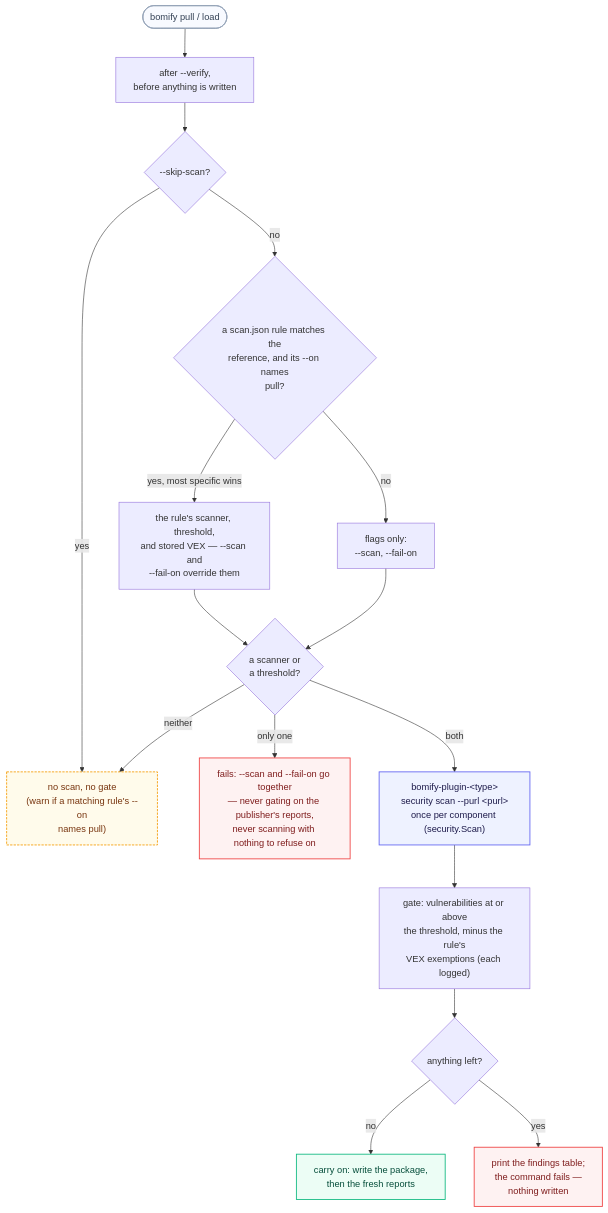
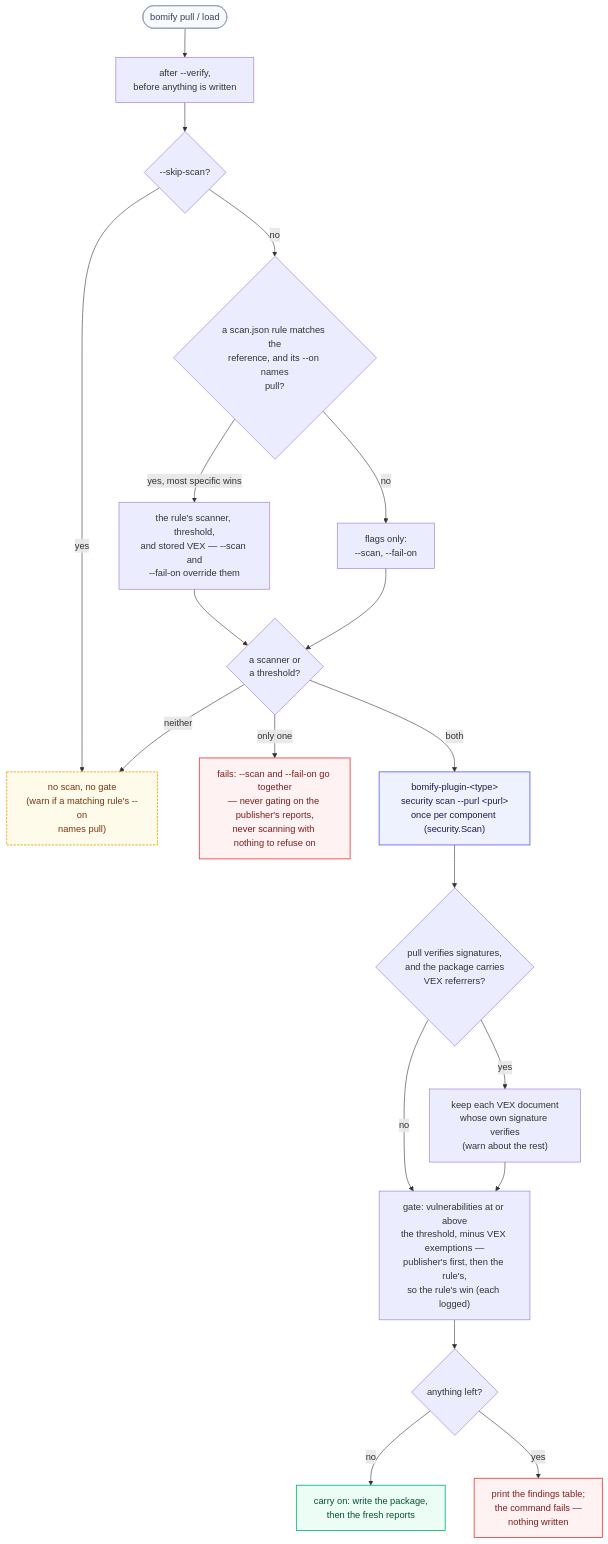
The diagram in docs/diagrams/scanning.mmd (alejandro-velasco/bomify), drawn with Mermaid before and after one commit. The commit also changed 39 other files, not shown here.

First line of the commit message:
feat(security): publish VEX with packages and honor it on verified pulls (#46)

```diff
--- a/docs/diagrams/scanning.mmd
+++ b/docs/diagrams/scanning.mmd
@@ -1,35 +1,38 @@
 flowchart TD
     classDef source fill:#F8FAFF,stroke:#94A3B8,stroke-width:1.5px,color:#334155
     classDef plugin fill:#EEF2FF,stroke:#6366F1,stroke-width:1.5px,color:#1e1b4b
     classDef ok fill:#ECFDF5,stroke:#10B981,stroke-width:1.5px,color:#064e3b
     classDef failed fill:#FEF2F2,stroke:#EF4444,stroke-width:1.5px,color:#7f1d1d
     classDef skipped fill:#FFFBEB,stroke:#F59E0B,stroke-width:1.5px,stroke-dasharray:4 2,color:#78350f
 
     Start(["bomify pull / load"]) --> When["after --verify,<br/>before anything is written"]
     When --> Skip{"--skip-scan?"}
 
     Skip -->|"yes"| NoScan["no scan, no gate<br/>(warn if a matching rule's --on<br/>names pull)"]
     Skip -->|"no"| Rule{"a scan.json rule matches the<br/>reference, and its --on names<br/>pull?"}
 
     Rule -->|"yes, most specific wins"| UseRule["the rule's scanner, threshold,<br/>and stored VEX — --scan and<br/>--fail-on override them"]
     Rule -->|"no"| UseFlags["flags only:<br/>--scan, --fail-on"]
 
     UseRule --> Active{"a scanner or<br/>a threshold?"}
     UseFlags --> Active
 
     Active -->|"neither"| NoScan
     Active -->|"only one"| NeedBoth["fails: --scan and --fail-on go together<br/>— never gating on the publisher's reports,<br/>never scanning with nothing to refuse on"]
     Active -->|"both"| PluginScan["bomify-plugin-&lt;type&gt;<br/>security scan --purl &lt;purl&gt;<br/>once per component (security.Scan)"]
 
-    PluginScan --> Gate["gate: vulnerabilities at or above<br/>the threshold, minus the rule's<br/>VEX exemptions (each logged)"]
+    PluginScan --> PubVEX{"pull verifies signatures,<br/>and the package carries<br/>VEX referrers?"}
+    PubVEX -->|"yes"| Verified["keep each VEX document<br/>whose own signature verifies<br/>(warn about the rest)"]
+    PubVEX -->|"no"| Gate
+    Verified --> Gate["gate: vulnerabilities at or above<br/>the threshold, minus VEX exemptions —<br/>publisher's first, then the rule's,<br/>so the rule's win (each logged)"]
 
     Gate --> Left{"anything left?"}
 
     Left -->|"no"| Continue["carry on: write the package,<br/>then the fresh reports"]
     Left -->|"yes"| Failed["print the findings table;<br/>the command fails —<br/>nothing written"]
 
     class Start source
     class PluginScan plugin
     class Continue ok
     class Failed,NeedBoth failed
     class NoScan skipped
```
